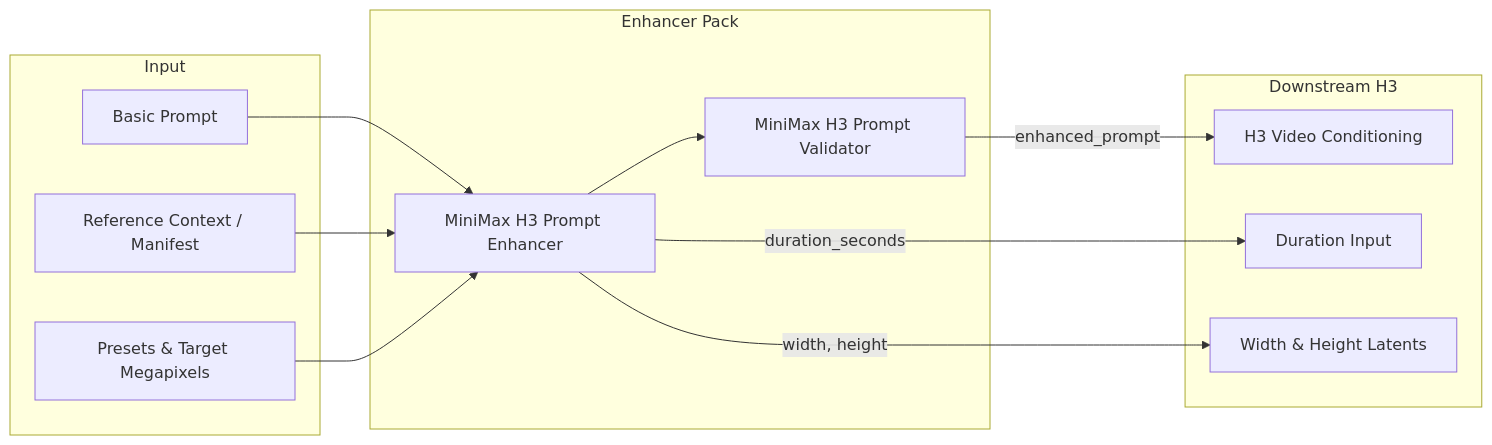
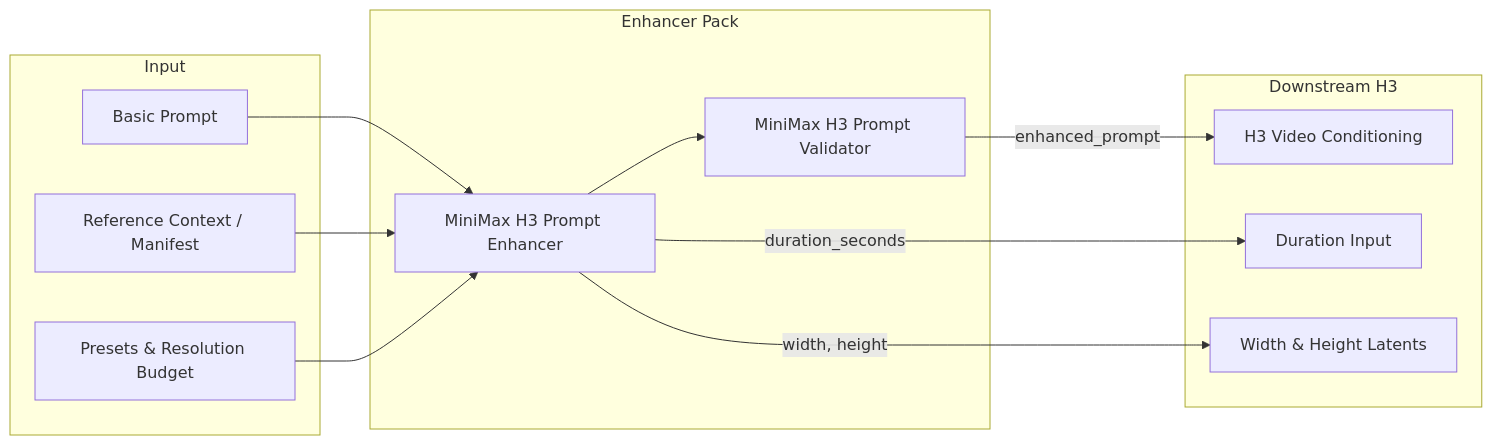
Before and after one commit to hyukudan/ComfyUI-MiniMax-H3-Prompt-Enhancer: the diagram in README.md, drawn with Mermaid. The commit also changed other lines of this file and 88 other files, not shown here.

````diff
--- a/README.md
+++ b/README.md
@@ -85,24 +87,24 @@
 ```mermaid
 graph LR
     subgraph Input
         A[Basic Prompt]
         B[Reference Context / Manifest]
-        C[Presets & Target Megapixels]
+        C[Presets & Resolution Budget]
     end
     subgraph Enhancer Pack
         D[MiniMax H3 Prompt Enhancer]
         E[MiniMax H3 Prompt Validator]
     end
     subgraph Downstream H3
         F[H3 Video Conditioning]
         G[Duration Input]
         H[Width & Height Latents]
     end
     A --> D
     B --> D
     C --> D
     D --> E
     E -->|enhanced_prompt| F
     D -->|duration_seconds| G
     D -->|width, height| H
 ```
````
